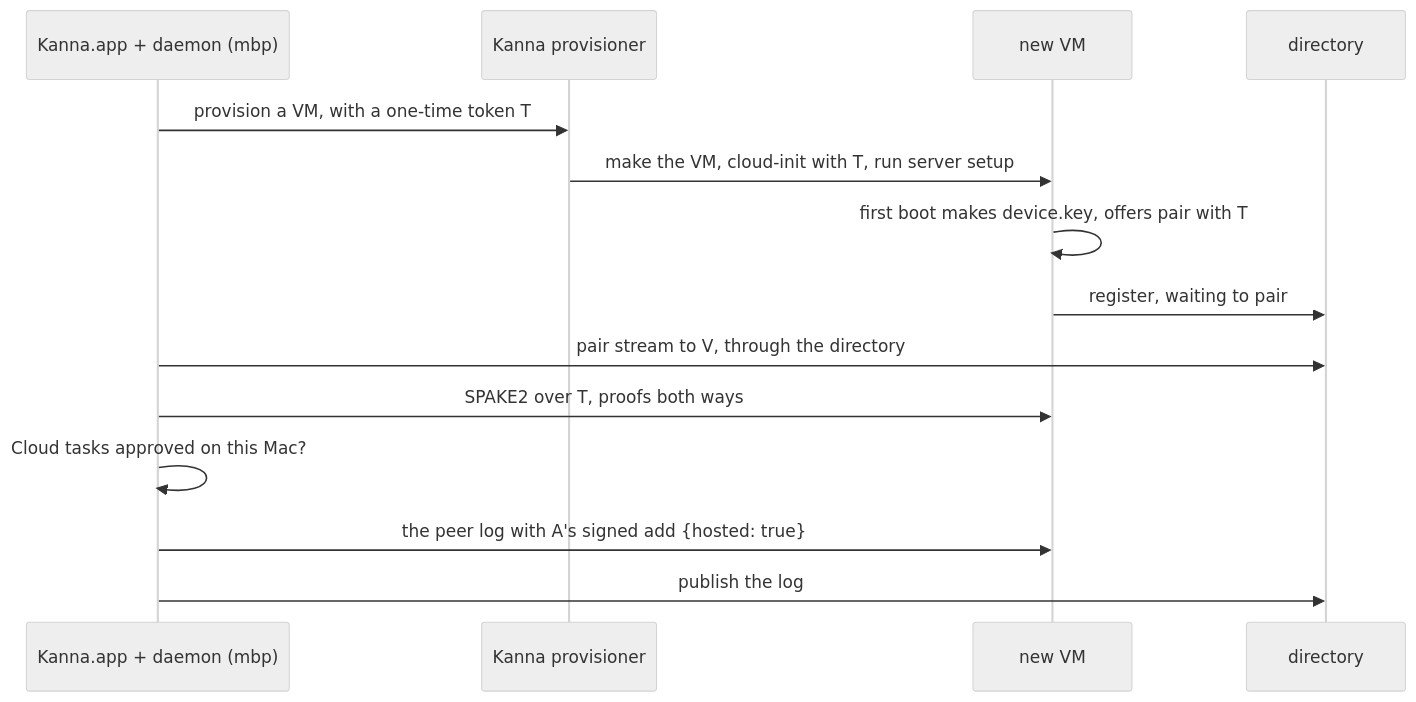
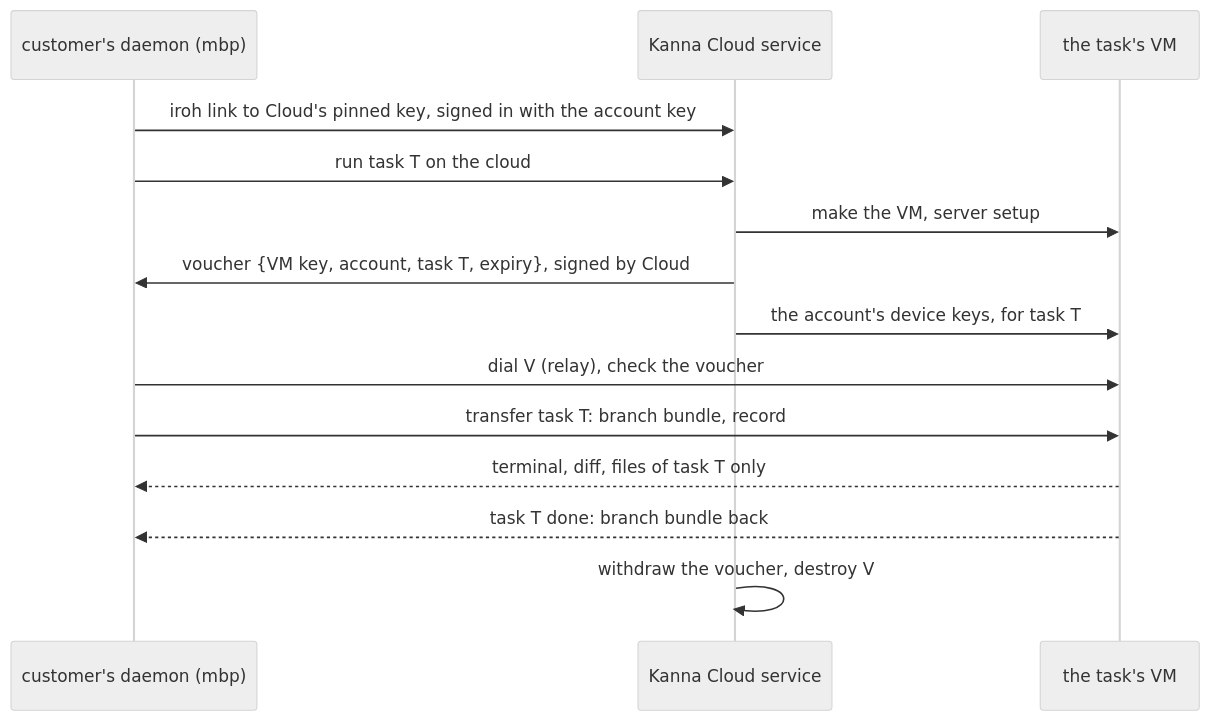
The second of 2 diagrams in docs/specs/kanna-cloud.md (tampopogk/kanna), drawn with Mermaid (neutral theme) before and after one commit. The commit also changed other lines of this file and 5 other files, not shown here.

Commit message:
Kanna Cloud: task VMs are Kanna's, reached through one link to Kanna Cloud with a voucher per task; never in the customer's peer log; the hosted mark and token enrollment dropped from the specs; build order 9 is internal provisioning only, C4 folded into C1 and C5

````diff
--- a/docs/specs/kanna-cloud.md
+++ b/docs/specs/kanna-cloud.md
@@ -155,16 +153,16 @@
 ```mermaid
 sequenceDiagram
-    participant A as Kanna.app + daemon (mbp)
-    participant P as Kanna provisioner
-    participant V as new VM
-    participant D as directory
-    A->>P: provision a VM, with a one-time token T
-    P->>V: make the VM, cloud-init with T, run server setup
-    V->>V: first boot makes device.key, offers pair with T
-    V->>D: register, waiting to pair
-    A->>D: pair stream to V, through the directory
-    A->>V: SPAKE2 over T, proofs both ways
-    A->>A: Cloud tasks approved on this Mac?
-    A->>V: the peer log with A's signed add {hosted: true}
-    A->>D: publish the log
+    participant A as customer's daemon (mbp)
+    participant C as Kanna Cloud service
+    participant V as the task's VM
+    A->>C: iroh link to Cloud's pinned key, signed in with the account key
+    A->>C: run task T on the cloud
+    C->>V: make the VM, server setup
+    C->>A: voucher {VM key, account, task T, expiry}, signed by Cloud
+    C->>V: the account's device keys, for task T
+    A->>V: dial V (relay), check the voucher
+    A->>V: transfer task T: branch bundle, record
+    V-->>A: terminal, diff, files of task T only
+    V-->>A: task T done: branch bundle back
+    C->>C: withdraw the voucher, destroy V
 ```
````
